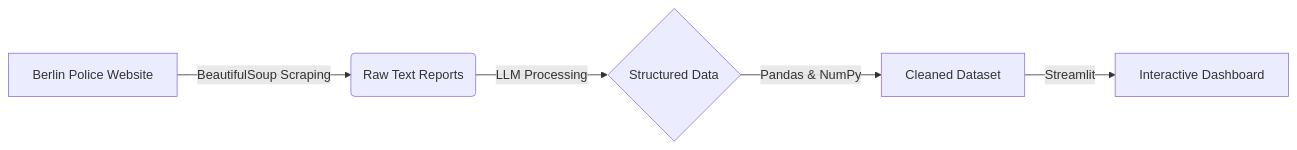
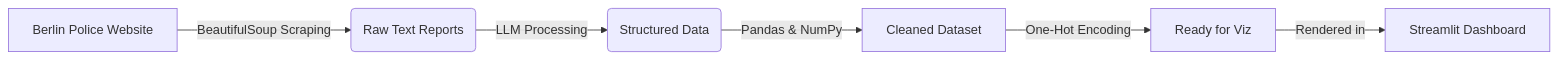
The diagram in README.md (hclpush/finding-conan), drawn with Mermaid before and after one commit.

Commit message:
Revise flow diagram for data processing pipeline
Updated the flow diagram in the README to reflect changes in data processing and visualization.

````diff
--- a/README.md
+++ b/README.md
@@ -16,8 +16,8 @@
 ```mermaid
 graph LR
     A[Berlin Police Website] -->|BeautifulSoup Scraping| B(Raw Text Reports)
-    B -->|LLM Processing| C{Structured Data}
+    B -->|LLM Processing| C(Structured Data)
     C -->|Pandas & NumPy| D[Cleaned Dataset]
-    D -->|Streamlit| E[Interactive Dashboard]
-
+    D -->|One-Hot Encoding| E[Ready for Viz]
+    E -->|Rendered in| F[Streamlit Dashboard]
 ```
````
